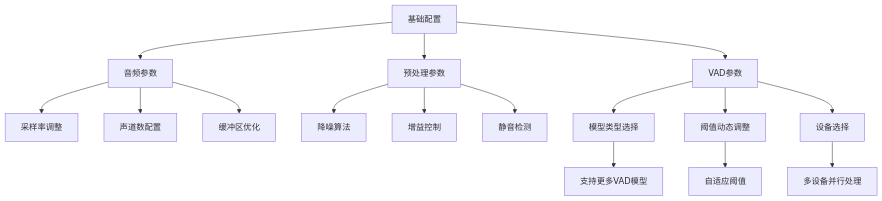
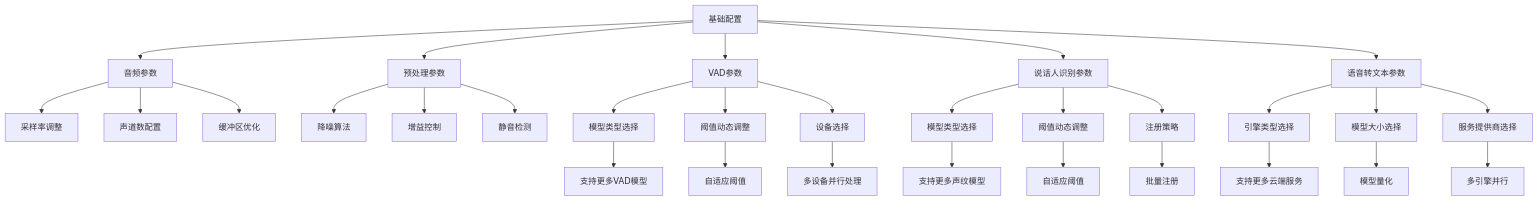
The fifth of 6 diagrams in .qoder/repowiki/zh/content/配置管理.md (cir9no/VRChatSocialAssistant), drawn with Mermaid before and after one commit. The commit also changed other lines of this file and 4 other files, not shown here.

````diff
--- a/.qoder/repowiki/zh/content/配置管理.md
+++ b/.qoder/repowiki/zh/content/配置管理.md
@@ -553,18 +680,32 @@
 ```mermaid
 graph TD
 A[基础配置] --> B[音频参数]
 A --> C[预处理参数]
 A --> D[VAD参数]
+A --> E[说话人识别参数]
+A --> F[语音转文本参数]
 B --> D1[采样率调整]
 B --> D2[声道数配置]
 B --> D3[缓冲区优化]
 C --> E1[降噪算法]
 C --> E2[增益控制]
 C --> E3[静音检测]
 D --> F1[模型类型选择]
 D --> F2[阈值动态调整]
 D --> F3[设备选择]
-F1 --> G1[支持更多VAD模型]
-F2 --> G2[自适应阈值]
-F3 --> G3[多设备并行处理]
+E --> G1[模型类型选择]
+E --> G2[阈值动态调整]
+E --> G3[注册策略]
+F --> H1[引擎类型选择]
+F --> H2[模型大小选择]
+F --> H3[服务提供商选择]
+F1 --> I1[支持更多VAD模型]
+F2 --> I2[自适应阈值]
+F3 --> I3[多设备并行处理]
+G1 --> J1[支持更多声纹模型]
+G2 --> J2[自适应阈值]
+G3 --> J3[批量注册]
+H1 --> K1[支持更多云端服务]
+H2 --> K2[模型量化]
+H3 --> K3[多引擎并行]
 ```
````
